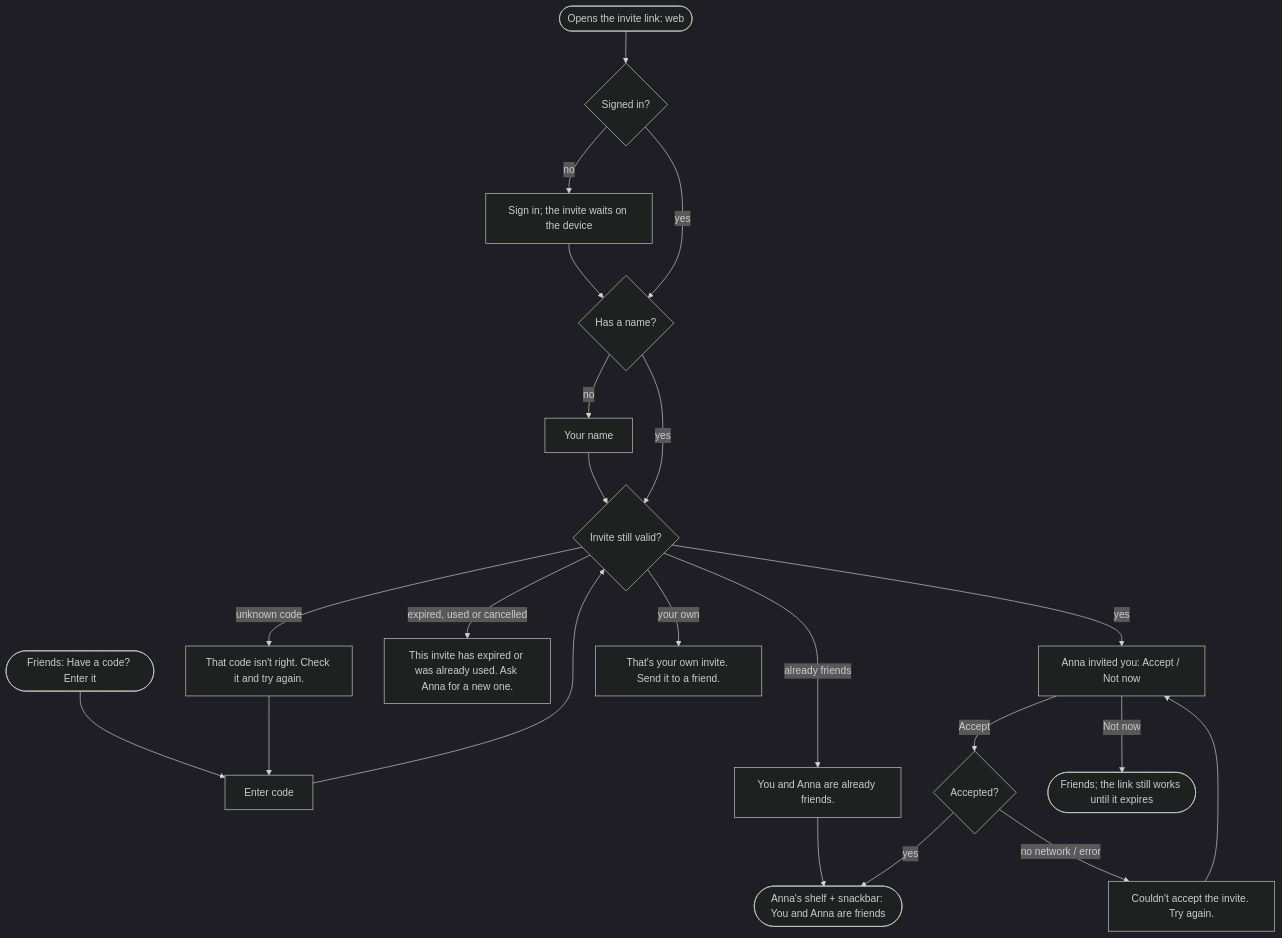
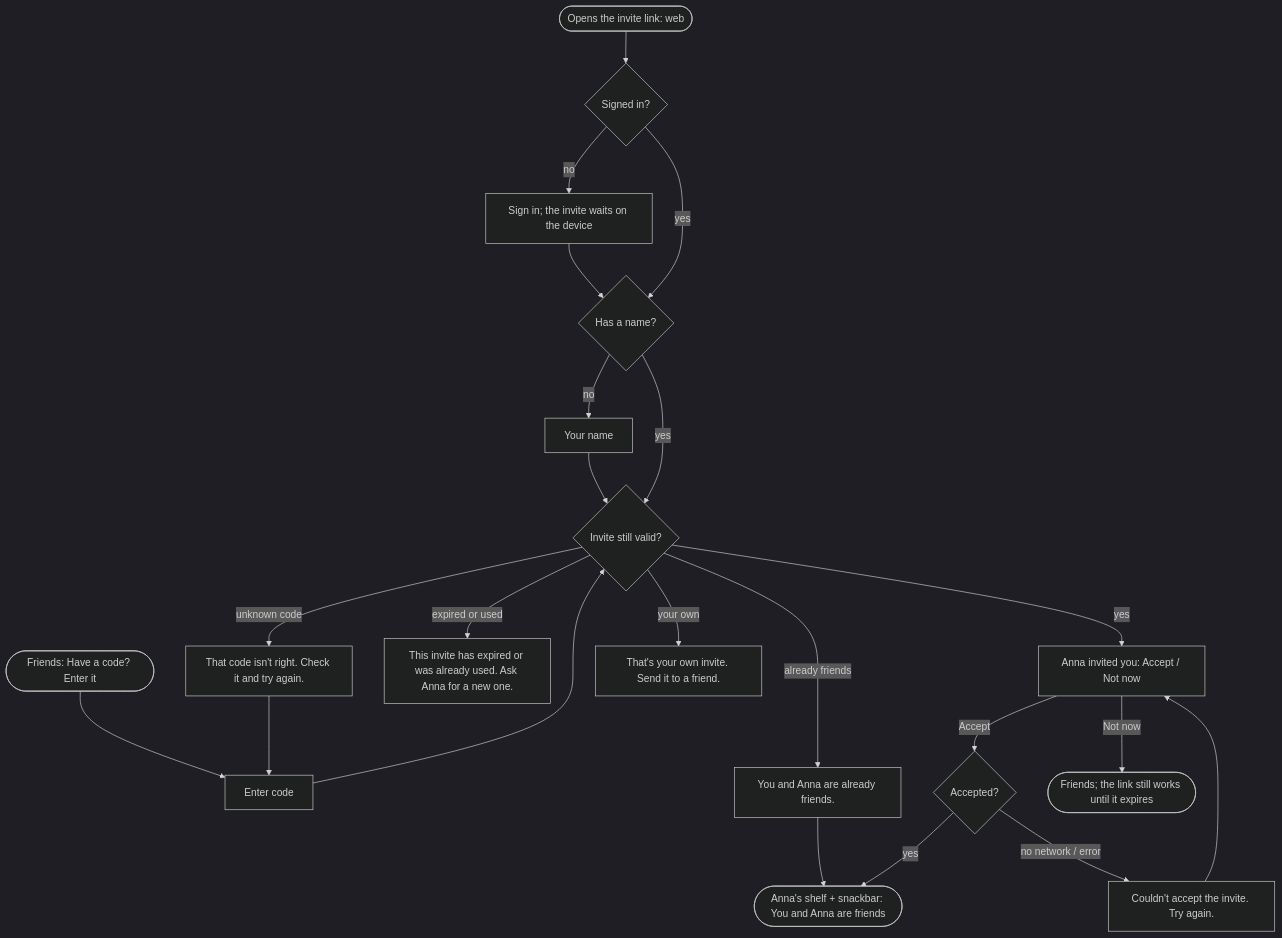
One commit to Schwub/shelf changed diagram 11 of 14 in docs/design/flows.md. Above: the diagram before and after it, drawn with Mermaid (dark theme). The commit also changed other lines of this file and 8 other files, not shown here.

````diff
--- a/docs/design/flows.md
+++ b/docs/design/flows.md
@@ -268,18 +268,18 @@
 ```mermaid
 flowchart TD
   link([Opens the invite link: web]) --> signed{Signed in?}
   code([Friends: Have a code? Enter it]) --> enter[Enter code] --> check
   signed -- no --> signin[Sign in; the invite waits on the device] --> named
   signed -- yes --> named{Has a name?}
   named -- no --> name[Your name] --> check
   named -- yes --> check{Invite still valid?}
   check -- yes --> accept[Anna invited you: Accept / Not now]
-  check -- expired, used or cancelled --> gone[This invite has expired or was already used. Ask Anna for a new one.]
+  check -- expired or used --> gone[This invite has expired or was already used. Ask Anna for a new one.]
   check -- unknown code --> wrong[That code isn't right. Check it and try again.] --> enter
   check -- your own --> own[That's your own invite. Send it to a friend.]
   check -- already friends --> already[You and Anna are already friends.] --> fshelf
   accept -- Accept --> ok{Accepted?}
   ok -- yes --> fshelf([Anna's shelf + snackbar: You and Anna are friends])
   ok -- no network / error --> acceptErr[Couldn't accept the invite. Try again.] --> accept
   accept -- Not now --> friends2([Friends; the link still works until it expires])
 ```
````
